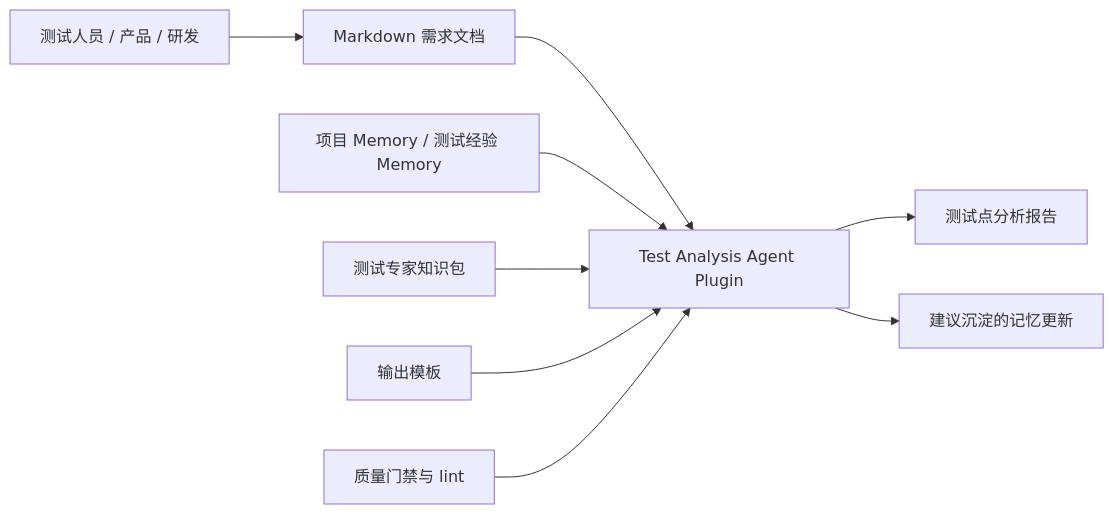
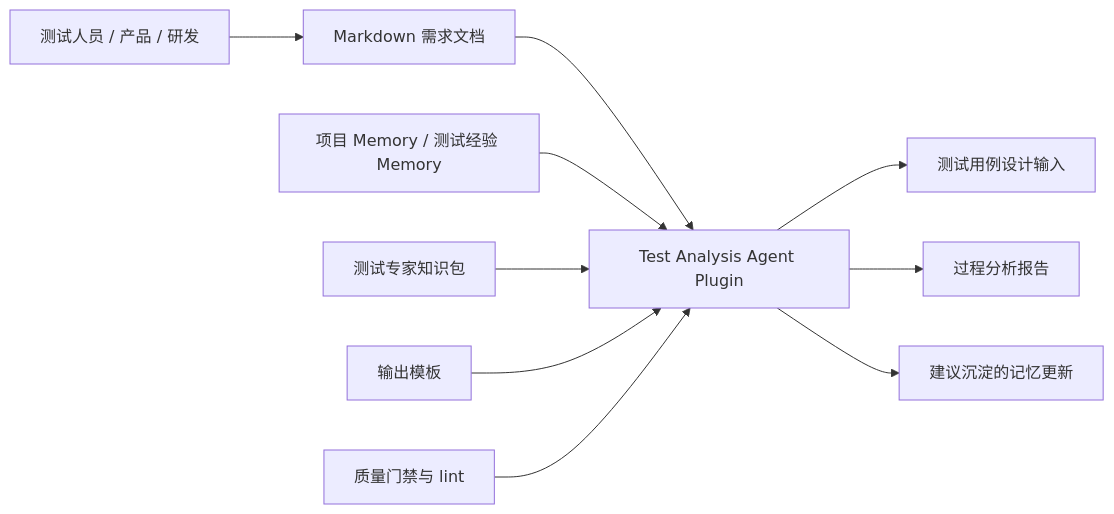
One commit to szluoqy-byte/Test-Analysis-Agent changed the first of 8 diagrams in docs/test-analysis-agent-design.md. Above: the diagram before and after it, drawn with Mermaid. The commit also changed other lines of this file and 26 other files, not shown here.

````diff
--- a/docs/test-analysis-agent-design.md
+++ b/docs/test-analysis-agent-design.md
@@ -43,11 +44,12 @@
 ```mermaid
 flowchart LR
   User["测试人员 / 产品 / 研发"] --> Input["Markdown 需求文档"]
   Input --> Plugin["Test Analysis Agent Plugin"]
-  Plugin --> Report["测试点分析报告"]
+  Plugin --> Report["测试用例设计输入"]
+  Plugin --> AnalysisReport["过程分析报告"]
   Plugin --> MemoryProposal["建议沉淀的记忆更新"]
   MemorySource["项目 Memory / 测试经验 Memory"] --> Plugin
   Knowledge["测试专家知识包"] --> Plugin
   Templates["输出模板"] --> Plugin
   Quality["质量门禁与 lint"] --> Plugin
 ```
````
